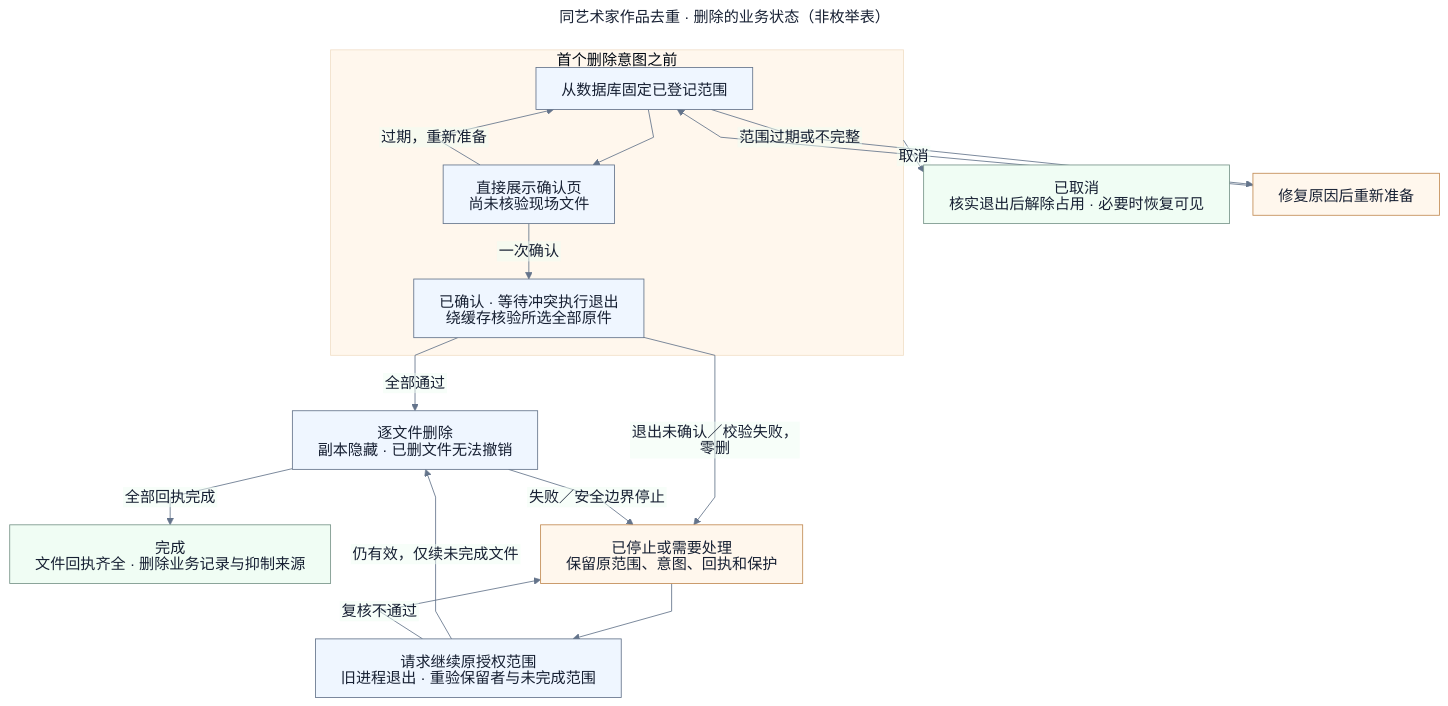
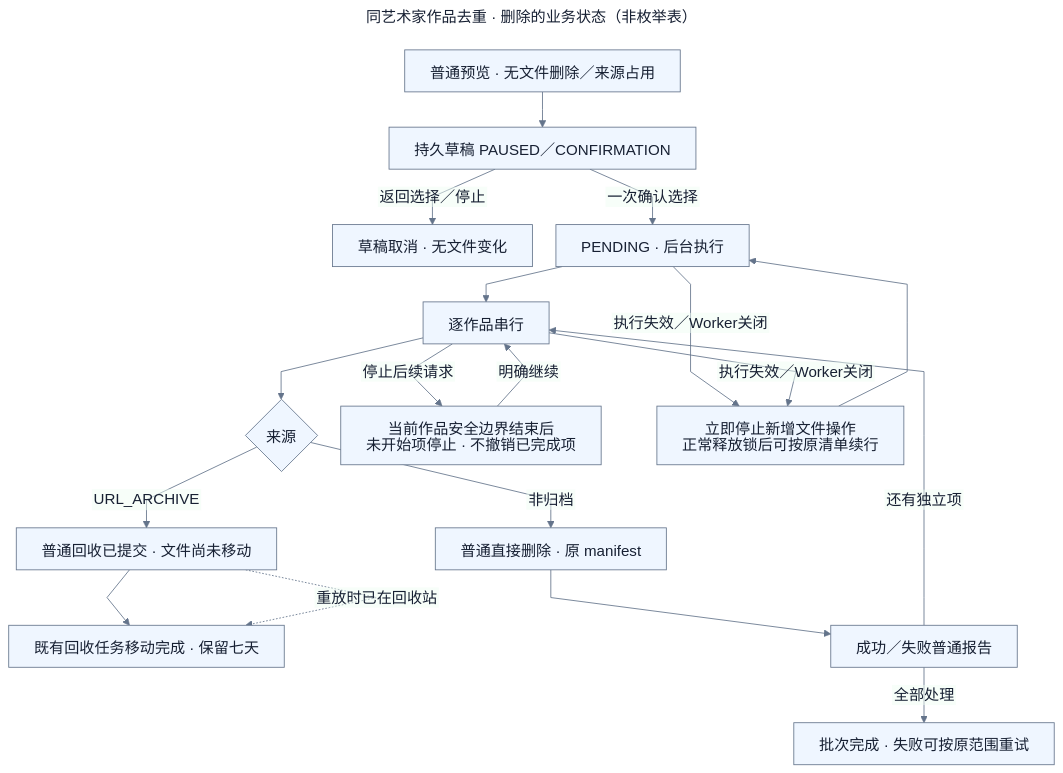
The diagram in docs/diagrams/features/artwork-deduplication/lifecycle.mmd (namehu/PixiShelf), drawn with Mermaid before and after one commit. The commit also changed 91 other files, not shown here.

```diff
--- a/docs/diagrams/features/artwork-deduplication/lifecycle.mmd
+++ b/docs/diagrams/features/artwork-deduplication/lifecycle.mmd
@@ -1,48 +1,39 @@
 ---
 config:
   theme: base
   htmlLabels: false
   themeVariables:
     fontFamily: 'Arial, PingFang SC, Microsoft YaHei, sans-serif'
     fontSize: 18px
     background: '#ffffff'
     primaryColor: '#eff6ff'
     primaryTextColor: '#172033'
     primaryBorderColor: '#64748b'
     lineColor: '#64748b'
     secondaryColor: '#f0fdf4'
     tertiaryColor: '#fff7ed'
   flowchart:
     htmlLabels: false
     curve: linear
     nodeSpacing: 28
     rankSpacing: 42
     wrappingWidth: 340
 title: 同艺术家作品去重 · 删除的业务状态（非枚举表）
 ---
 flowchart TB
-  subgraph Before[首个删除意图之前]
-    L01[从数据库固定已登记范围]
-    L02[直接展示确认页<br/>尚未核验现场文件]
-    L03[已确认 · 等待冲突执行退出<br/>绕缓存核验所选全部原件]
-    L01 --> L02 -->|一次确认| L03
-    L02 -->|过期，重新准备| L01
-  end
-  L04[逐文件删除<br/>副本隐藏 · 已删文件无法撤销]
-  L05[完成<br/>文件回执齐全 · 删除业务记录与抑制来源]
-  L06[已取消<br/>核实退出后解除占用 · 必要时恢复可见]
-  L07[已停止或需要处理<br/>保留原范围、意图、回执和保护]
-  L08[请求继续原授权范围<br/>旧进程退出 · 重验保留者与未完成范围]
-  L03 -->|全部通过| L04 -->|全部回执完成| L05
-  Before -->|取消| L06
-  L01 -->|范围过期或不完整| L09[修复原因后重新准备]
-  L09 --> L01
-  L03 -->|退出未确认／校验失败，零删| L07
-  L04 -->|失败／安全边界停止| L07
-  L07 --> L08
-  L08 -->|仍有效，仅续未完成文件| L04
-  L08 -->|复核不通过| L07
-  classDef success fill:#f0fdf4,stroke:#779489
-  classDef stopped fill:#fff7ed,stroke:#c28b54
-  class L05,L06 success
-  class L07,L09 stopped
+  A[普通预览 · 无文件删除／来源占用] --> B[持久草稿 PAUSED／CONFIRMATION]
+  B -->|返回选择／停止| X[草稿取消 · 无文件变化]
+  B -->|一次确认选择| C[PENDING · 后台执行]
+  C --> D[逐作品串行]
+  D --> E{来源}
+  E -->|非归档| F[普通直接删除 · 原 manifest]
+  E -->|URL_ARCHIVE| G[普通回收已提交 · 文件尚未移动]
+  G --> H[既有回收任务移动完成 · 保留七天]
+  F --> I[成功／失败普通报告]
+  D -->|停止后续请求| J[当前作品安全边界结束后<br/>未开始项停止 · 不撤销已完成项]
+  I -->|还有独立项| D
+  I -->|全部处理| K[批次完成 · 失败可按原范围重试]
+  J -->|明确继续| D
+  C & D -->|执行失效／Worker关闭| L[立即停止新增文件操作<br/>正常释放锁后可按原清单续行]
+  L --> C
+  G -.->|重放时已在回收站| H
```
